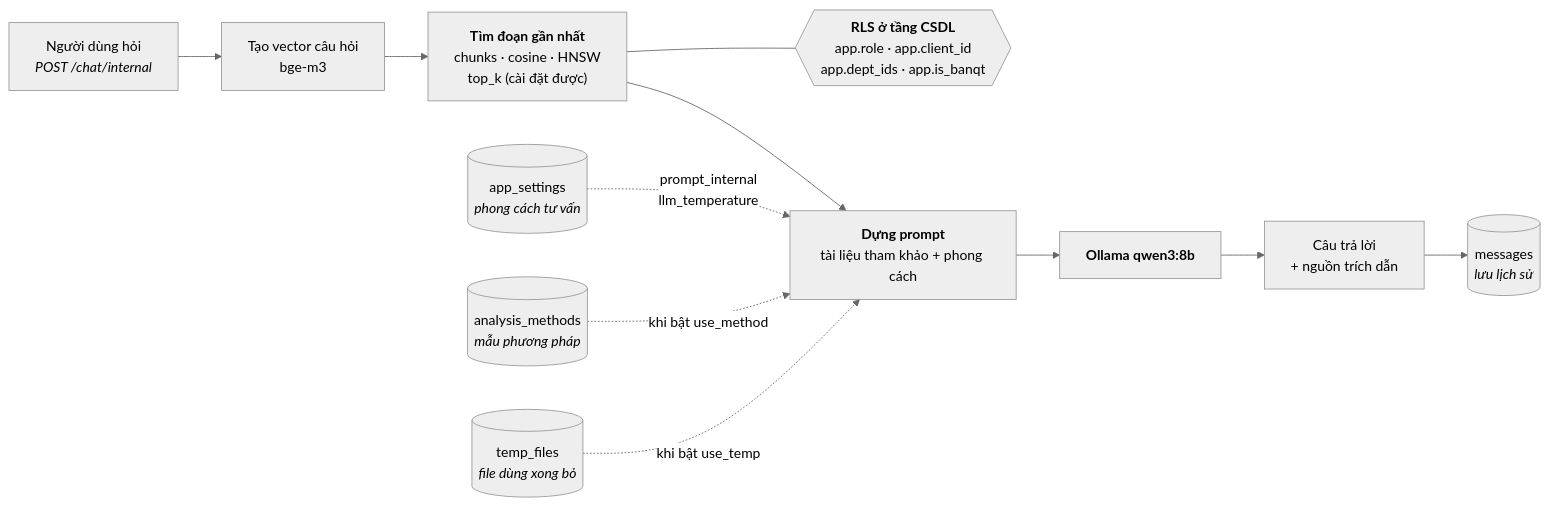
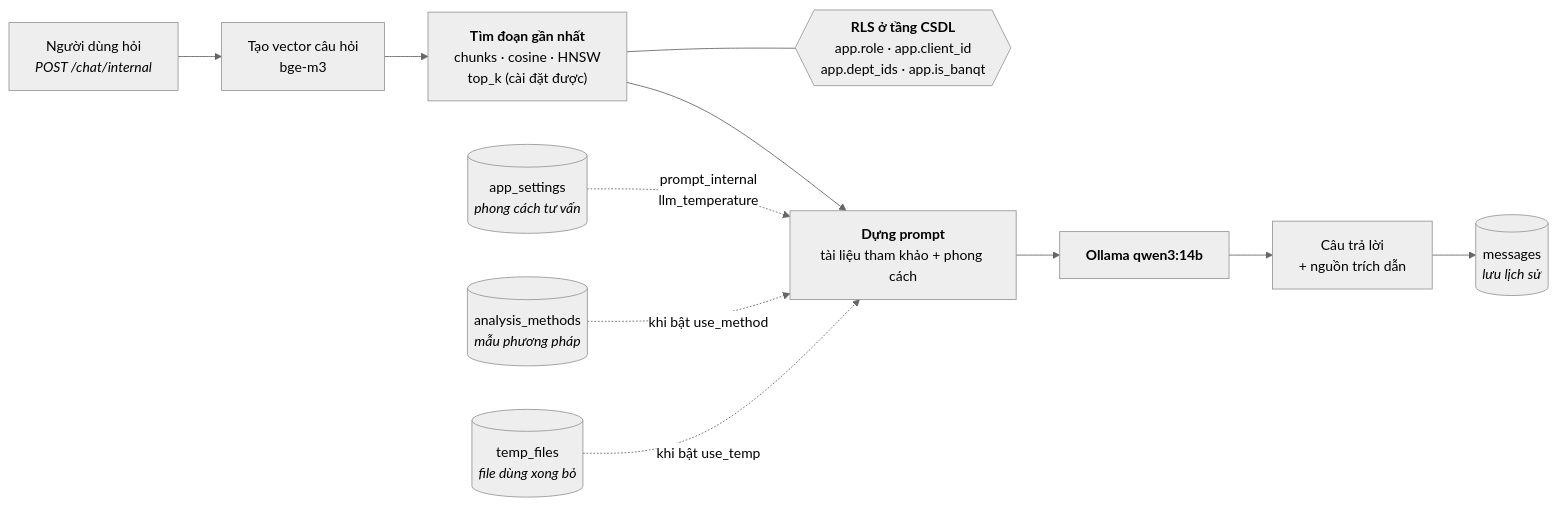
The second of 3 diagrams in deploy/LUU_TRU_DU_LIEU.md (hdshtpl-creator/server), drawn with Mermaid (neutral theme) before and after one commit. The commit also changed other lines of this file and 292 other files, not shown here.

````diff
--- a/deploy/LUU_TRU_DU_LIEU.md
+++ b/deploy/LUU_TRU_DU_LIEU.md
@@ -64,20 +65,20 @@
 ```mermaid
 flowchart LR
     Q["Người dùng hỏi<br/><i>POST /chat/internal</i>"]
     Q --> QE["Tạo vector câu hỏi<br/>bge-m3"]
     QE --> SEARCH
 
     SEARCH["<b>Tìm đoạn gần nhất</b><br/>chunks · cosine · HNSW<br/>top_k (cài đặt được)"]
     RLS{{"<b>RLS ở tầng CSDL</b><br/>app.role · app.client_id<br/>app.dept_ids · app.is_banqt"}}
     SEARCH --- RLS
 
     SEARCH --> BUILD
     SET[("app_settings<br/><i>phong cách tư vấn</i>")] -.->|"prompt_internal<br/>llm_temperature"| BUILD
     MTH[("analysis_methods<br/><i>mẫu phương pháp</i>")] -.->|"khi bật use_method"| BUILD
     TMP[("temp_files<br/><i>file dùng xong bỏ</i>")] -.->|"khi bật use_temp"| BUILD
 
     BUILD["<b>Dựng prompt</b><br/>tài liệu tham khảo + phong cách"]
-    BUILD --> LLM["<b>Ollama qwen3:8b</b>"]
+    BUILD --> LLM["<b>Ollama qwen3:14b</b>"]
     LLM --> ANS["Câu trả lời<br/>+ nguồn trích dẫn"]
     ANS --> MSG[("messages<br/><i>lưu lịch sử</i>")]
 ```
````
